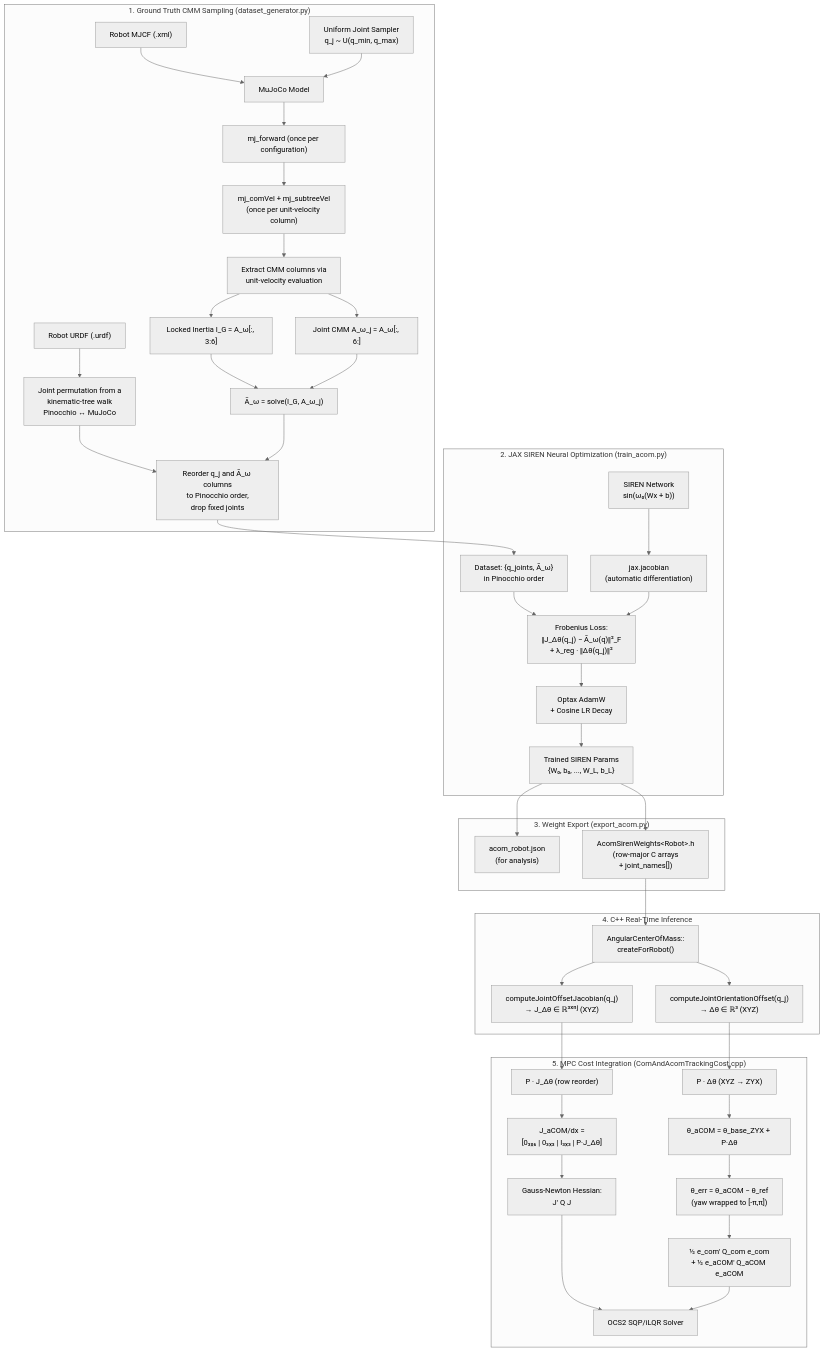
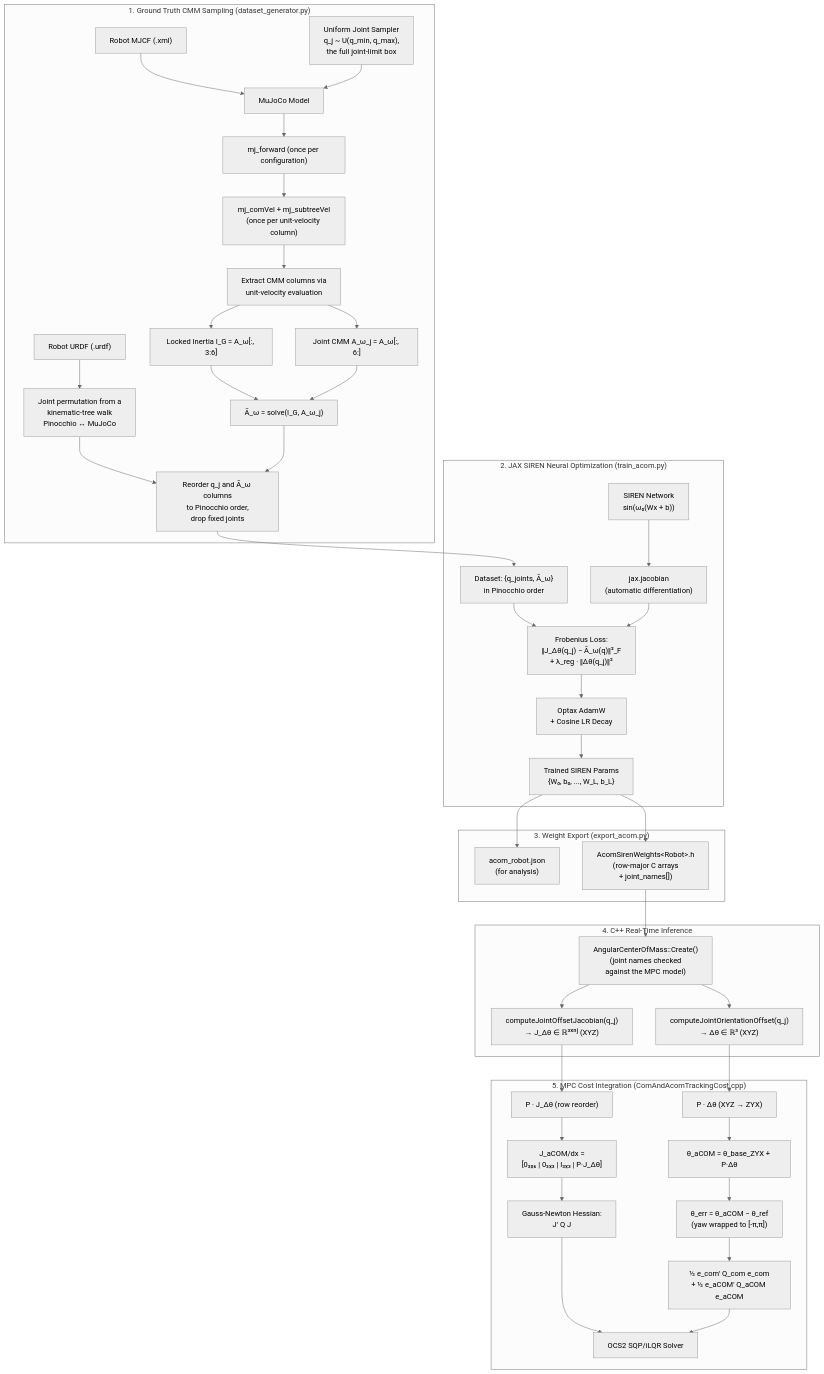
Before and after one commit to nicholaspalomo/wb_humanoid_mpc: the first of 3 diagrams in humanoid_learning/acom/README.md, drawn with Mermaid (neutral theme). The commit also changed other lines of this file and 549 other files, not shown here.

````diff
--- a/humanoid_learning/acom/README.md
+++ b/humanoid_learning/acom/README.md
@@ -78,49 +85,49 @@
 ```mermaid
 flowchart TD
     subgraph DataGeneration ["1. Ground Truth CMM Sampling (dataset_generator.py)"]
         XML["Robot MJCF (.xml)"] --> MjModel["MuJoCo Model"]
         URDF["Robot URDF (.urdf)"] --> Perm["Joint permutation from a<br/>kinematic-tree walk<br/>Pinocchio ↔ MuJoCo"]
-        Sampler["Uniform Joint Sampler<br/>q_j ~ U(q_min, q_max)"] --> MjModel
+        Sampler["Uniform Joint Sampler<br/>q_j ~ U(q_min, q_max),<br/>the full joint-limit box"] --> MjModel
         MjModel --> MjFwd["mj_forward (once per configuration)"]
         MjFwd --> MjVel["mj_comVel + mj_subtreeVel<br/>(once per unit-velocity column)"]
         MjVel --> CMM["Extract CMM columns via<br/>unit-velocity evaluation"]
         CMM --> IG["Locked Inertia I_G = A_ω[:, 3:6]"]
         CMM --> Aomega["Joint CMM A_ω_j = A_ω[:, 6:]"]
         IG --> ABar["Ā_ω = solve(I_G, A_ω_j)"]
         Aomega --> ABar
         Perm --> Reorder["Reorder q_j and Ā_ω columns<br/>to Pinocchio order,<br/>drop fixed joints"]
         ABar --> Reorder
     end
 
     subgraph JAXTraining ["2. JAX SIREN Neural Optimization (train_acom.py)"]
         Reorder --> Dataset["Dataset: {q_joints, Ā_ω}<br/>in Pinocchio order"]
         Dataset --> Loss["Frobenius Loss:<br/>‖J_Δθ(q_j) − Ā_ω(q)‖²_F<br/>+ λ_reg · ‖Δθ(q_j)‖²"]
         SIREN["SIREN Network<br/>sin(ω₀(Wx + b))"] --> JacAD["jax.jacobian<br/>(automatic differentiation)"]
         JacAD --> Loss
         Loss --> Optax["Optax AdamW<br/>+ Cosine LR Decay"]
         Optax --> Params["Trained SIREN Params<br/>{W₀, b₀, ..., W_L, b_L}"]
     end
 
     subgraph Export ["3. Weight Export (export_acom.py)"]
         Params --> JSON["acom_robot.json<br/>(for analysis)"]
         Params --> Header["AcomSirenWeights&lt;Robot&gt;.h<br/>(row-major C arrays<br/>+ joint_names[])"]
     end
 
     subgraph CppInference ["4. C++ Real-Time Inference"]
-        Header --> StaticLoad["AngularCenterOfMass::<br/>createForRobot()"]
+        Header --> StaticLoad["AngularCenterOfMass::Create()<br/>(joint names checked<br/>against the MPC model)"]
         StaticLoad --> Forward["computeJointOrientationOffset(q_j)<br/>→ Δθ ∈ ℝ³ (XYZ)"]
         StaticLoad --> ChainRule["computeJointOffsetJacobian(q_j)<br/>→ J_Δθ ∈ ℝ³ˣⁿʲ (XYZ)"]
     end
 
     subgraph MPCIntegration ["5. MPC Cost Integration (ComAndAcomTrackingCost.cpp)"]
         Forward --> XYZtoZYX["P · Δθ (XYZ → ZYX)"]
         ChainRule --> JacReorder["P · J_Δθ (row reorder)"]
         XYZtoZYX --> ThetaACOM["θ_aCOM = θ_base_ZYX + P·Δθ"]
         ThetaACOM --> ThetaErr["θ_err = θ_aCOM − θ_ref<br/>(yaw wrapped to [-π,π])"]
         JacReorder --> JacFull["J_aCOM/dx =<br/>[0₃ₓ₆ | 0₃ₓ₃ | I₃ₓ₃ | P·J_Δθ]"]
         ThetaErr --> Cost["½ e_com' Q_com e_com<br/>+ ½ e_aCOM' Q_aCOM e_aCOM"]
         JacFull --> GaussNewton["Gauss-Newton Hessian:<br/>J' Q J"]
         GaussNewton --> SQP["OCS2 SQP/iLQR Solver"]
         Cost --> SQP
     end
 ```
````
